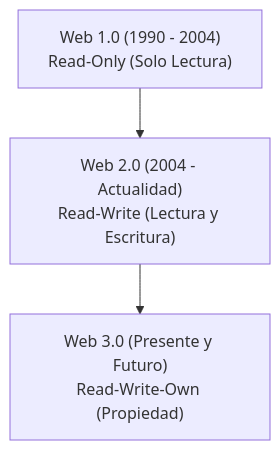
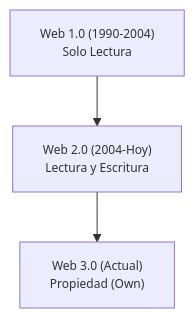
Before and after one commit to kernel-devs-lab/lab: the first of 3 diagrams in conceptos/01-evolucion-web-1-2-3.md, drawn with Mermaid. The commit also changed other lines of this file and 4 other files, not shown here.

Commit message:
fix(docs): acortar etiquetas y ajustar fuente en diagramas mermaid

````diff
--- a/conceptos/01-evolucion-web-1-2-3.md
+++ b/conceptos/01-evolucion-web-1-2-3.md
@@ -9,5 +9,6 @@
 ```mermaid
+%%{init: {'themeVariables': {'fontSize': '12px', 'fontFamily': 'arial'}}}%%
 flowchart TD
-    W1["Web 1.0 (1990 - 2004)<br/>Read-Only (Solo Lectura)"] --> W2["Web 2.0 (2004 - Actualidad)<br/>Read-Write (Lectura y Escritura)"]
-    W2 --> W3["Web 3.0 (Presente y Futuro)<br/>Read-Write-Own (Propiedad)"]
+    W1["Web 1.0 (1990-2004)<br/>Solo Lectura"] --> W2["Web 2.0 (2004-Hoy)<br/>Lectura y Escritura"]
+    W2 --> W3["Web 3.0 (Actual)<br/>Propiedad (Own)"]
 ```
````
